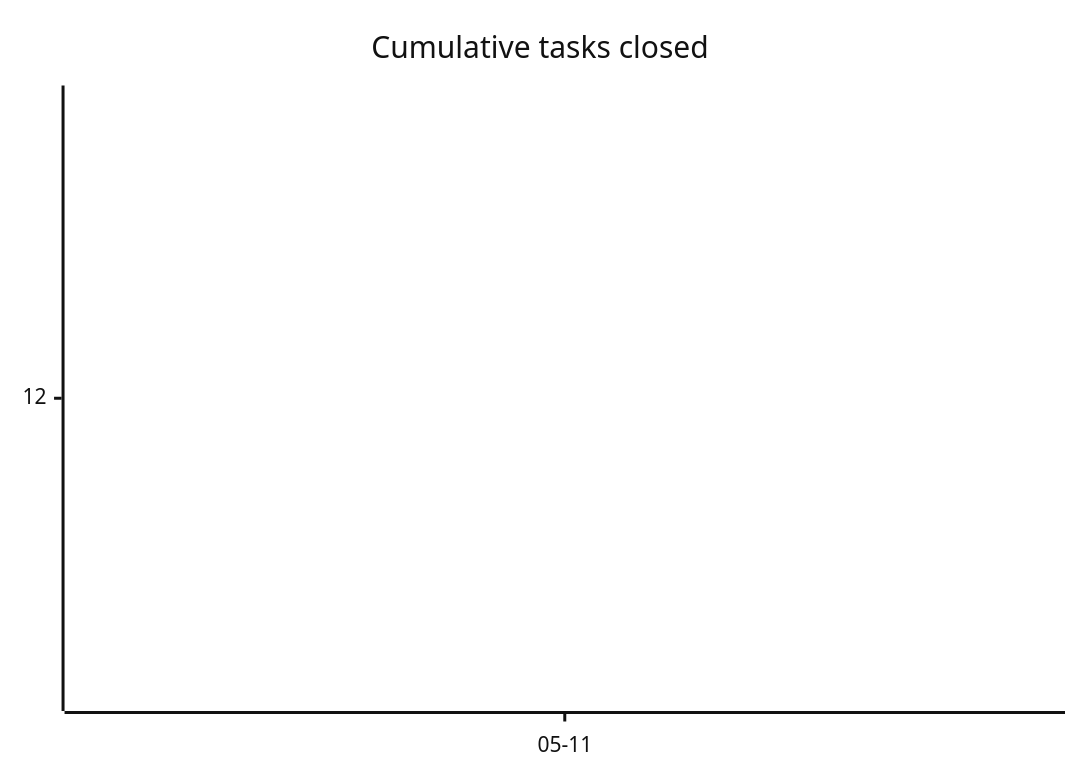
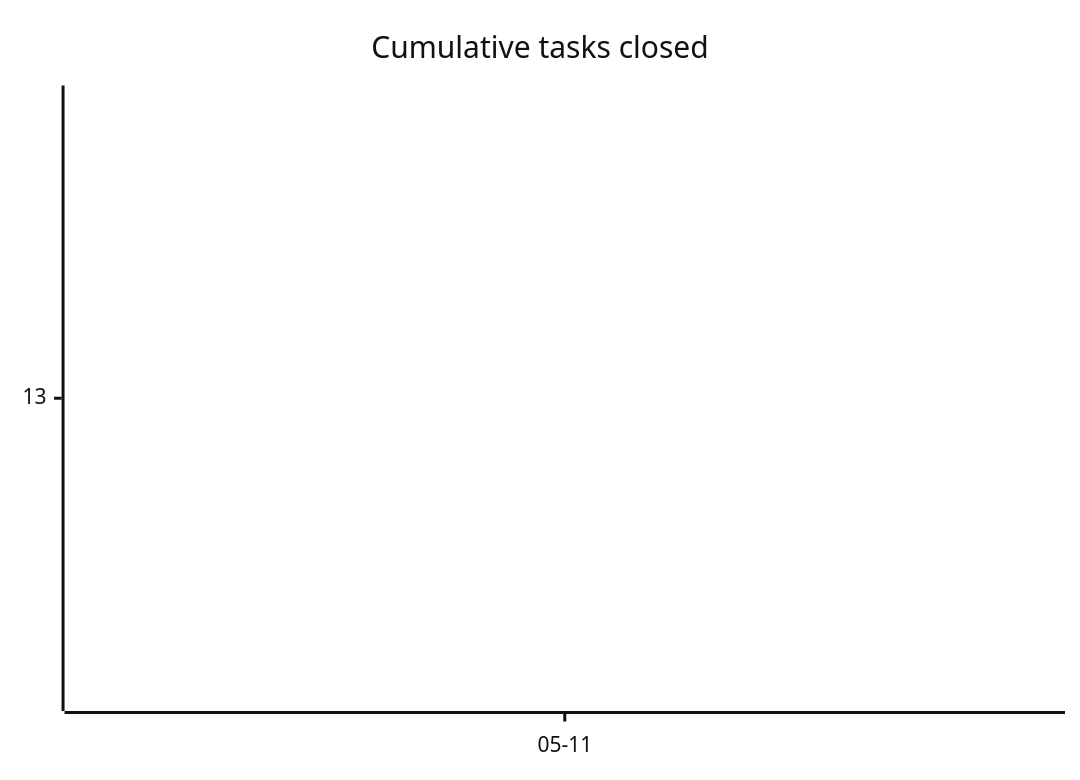
Before and after one commit to tgd1975/AwesomeGuitarPedal: the first of 3 diagrams in docs/developers/tasks/OVERVIEW.md, drawn with Mermaid (neutral theme). The commit also changed other lines of this file and 10 other files, not shown here.

````diff
--- a/docs/developers/tasks/OVERVIEW.md
+++ b/docs/developers/tasks/OVERVIEW.md
@@ -22,6 +22,6 @@
 ```mermaid
 xychart-beta
     title "Cumulative tasks closed"
     x-axis ["05-11"]
-    line [12]
+    line [13]
 ```
````
